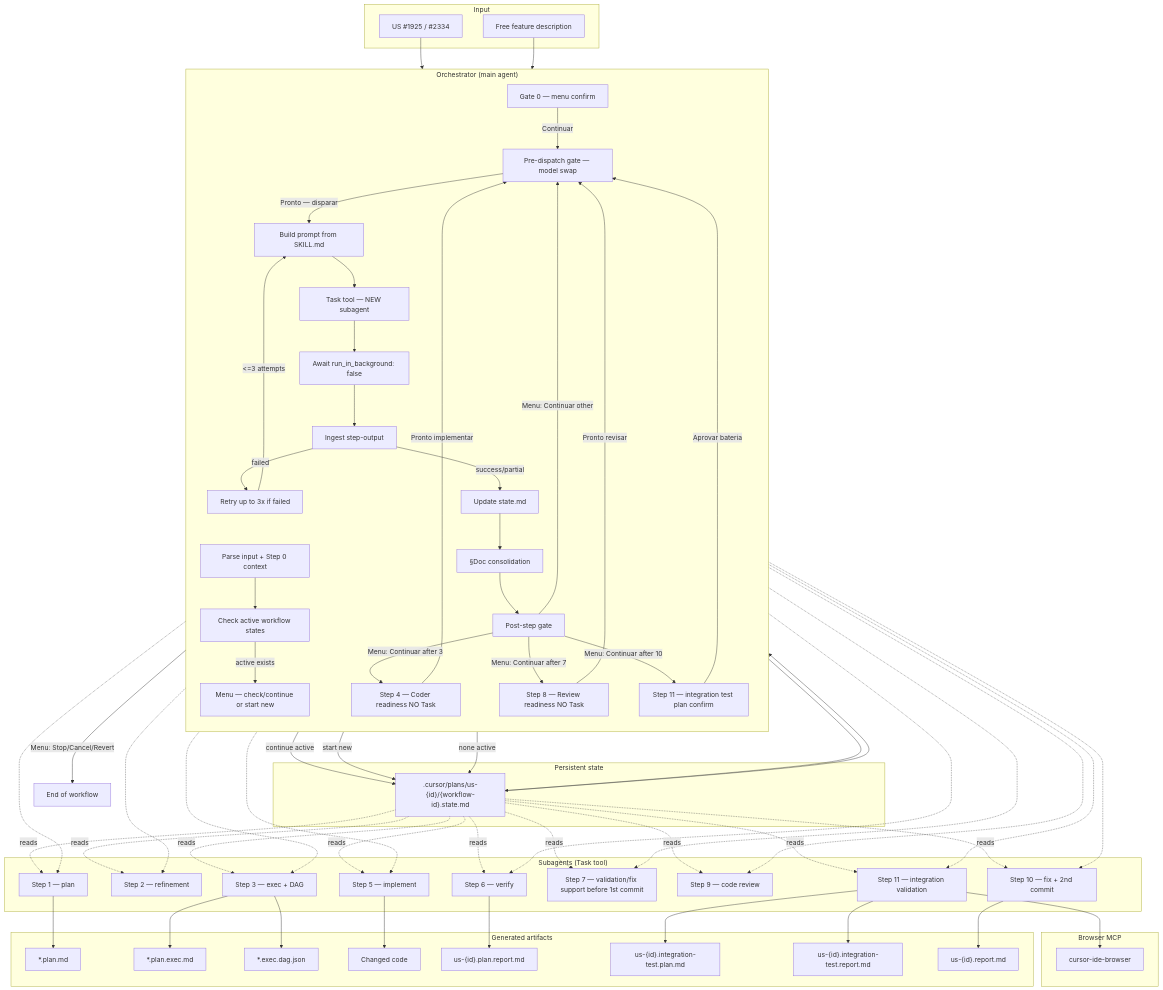
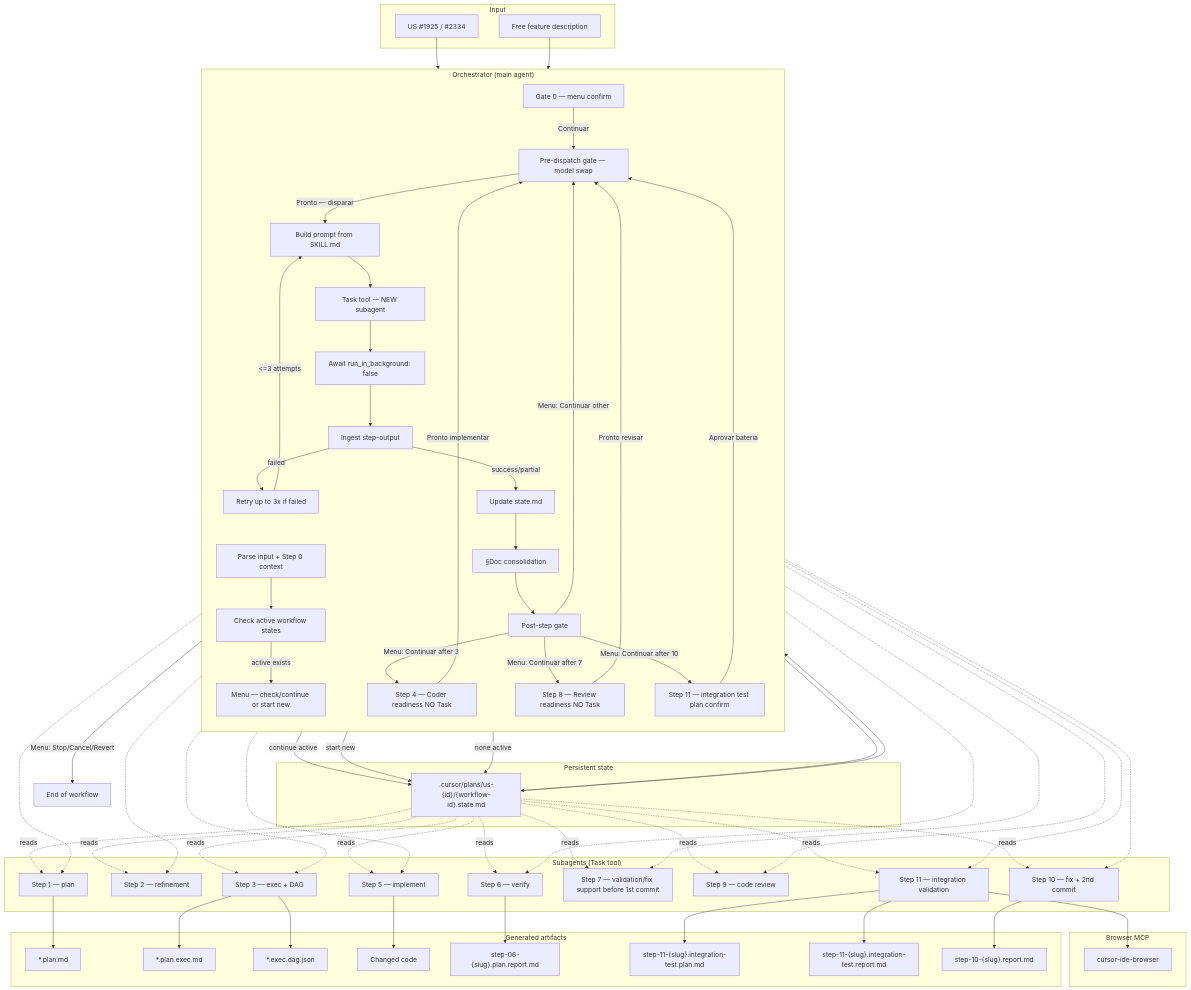
Before and after one commit to jpolvora/workflow-skills: the second of 9 diagrams in .agents/skills/us-workflow/DIAGRAM.md, drawn with Mermaid. The commit also changed other lines of this file and 21 other files, not shown here.

```diff
--- a/.agents/skills/us-workflow/DIAGRAM.md
+++ b/.agents/skills/us-workflow/DIAGRAM.md
@@ -78,10 +78,10 @@
         EXEC["*.plan.exec.md"]
         DAG["*.exec.dag.json"]
         CODE["Changed code"]
-        VERIFY["us-{id}.plan.report.md"]
-        ITPA["us-{id}.integration-test.plan.md"]
-        ITR["us-{id}.integration-test.report.md"]
-        FINAL["us-{id}.report.md"]
+        VERIFY["step-06-{slug}.plan.report.md"]
+        ITPA["step-11-{slug}.integration-test.plan.md"]
+        ITR["step-11-{slug}.integration-test.report.md"]
+        FINAL["step-10-{slug}.report.md"]
     end
 
     US --> PARSE
```
